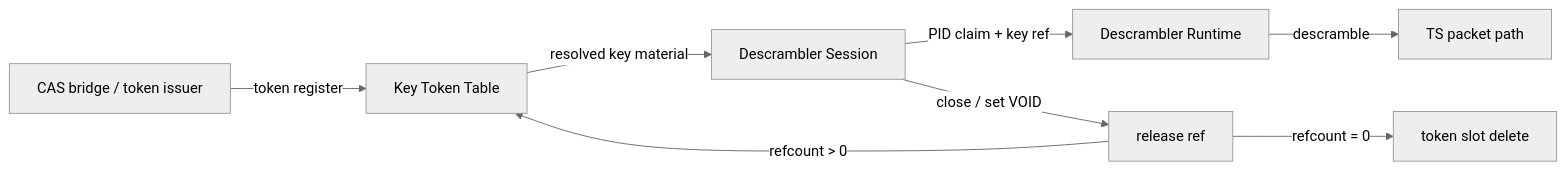
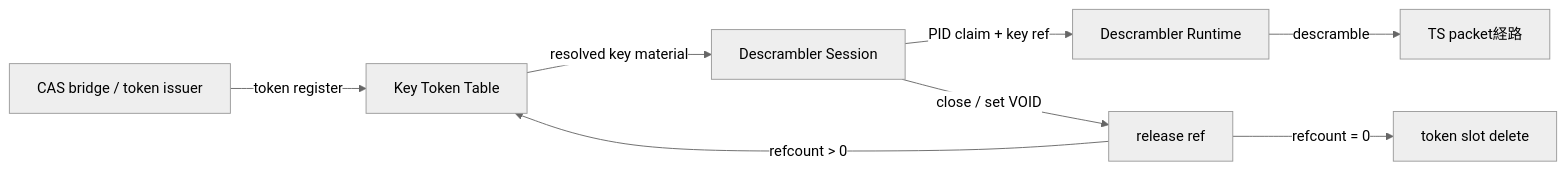
One commit to kazuki0824/tv changed the first of 2 diagrams in tuner_hal/DESIGN_JA.md. Above: the diagram before and after it, drawn with Mermaid (neutral theme). The commit also changed other lines of this file and 10 other files, not shown here.

````diff
--- a/tuner_hal/DESIGN_JA.md
+++ b/tuner_hal/DESIGN_JA.md
@@ -858,11 +927,11 @@
 ```mermaid
 flowchart LR
     CAS[CAS bridge / token issuer] -->|token register| KT[Key Token Table]
     KT -->|resolved key material| DS[Descrambler Session]
     DS -->|PID claim + key ref| DR[Descrambler Runtime]
-    DR -->|descramble| TS[TS packet path]
+    DR -->|descramble| TS[TS packet経路]
 
     DS -->|close / set VOID| REL[release ref]
     REL -->|refcount > 0| KT
     REL -->|refcount = 0| DEL[token slot delete]
 ```
````
